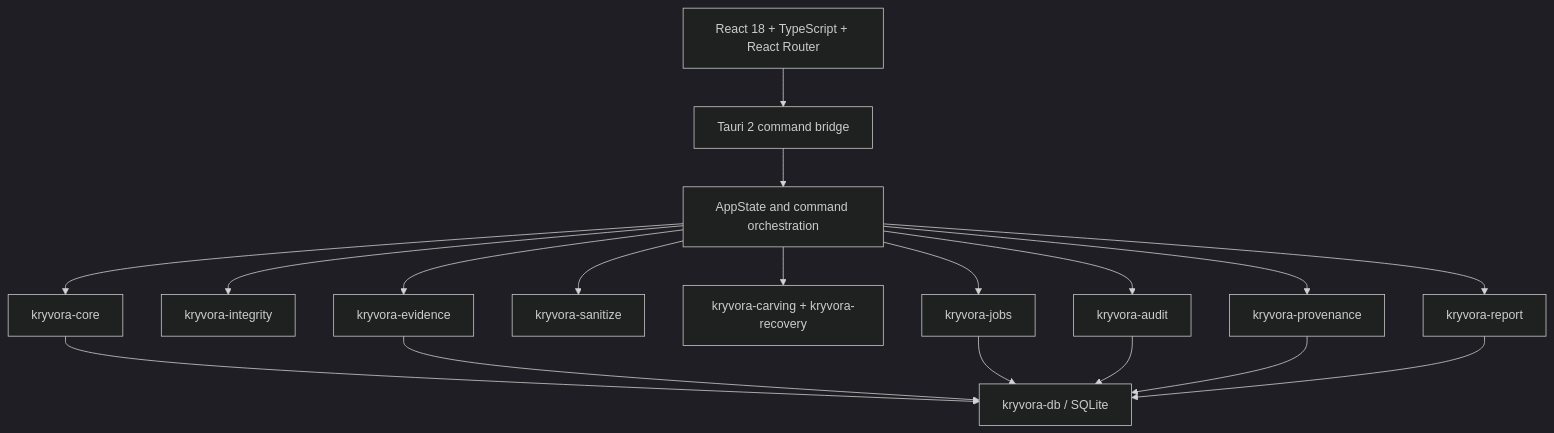
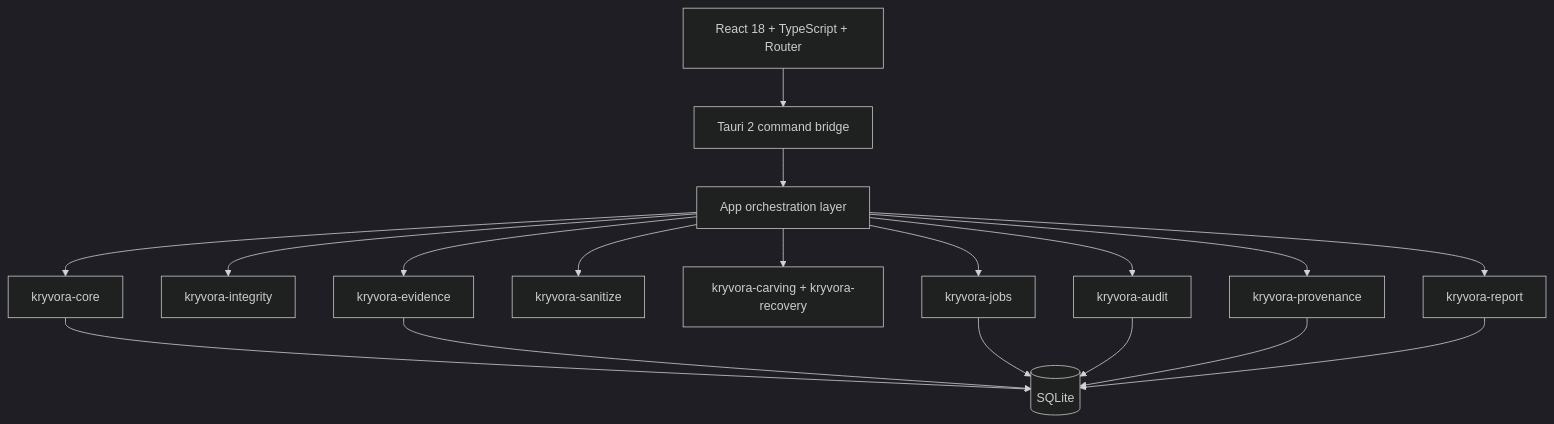
The first of 2 diagrams in docs/05_SYSTEM_ARCHITECTURE.md (cyphric01-jpg/KRYVORA), drawn with Mermaid (dark theme) before and after one commit. The commit also changed other lines of this file and 18 other files, not shown here.

````diff
--- a/docs/05_SYSTEM_ARCHITECTURE.md
+++ b/docs/05_SYSTEM_ARCHITECTURE.md
@@ -7,32 +7,32 @@
 ```mermaid
 flowchart TB
-    UI[React 18 + TypeScript + React Router]
+    UI[React 18 + TypeScript + Router]
     IPC[Tauri 2 command bridge]
-    APP[AppState and command orchestration]
+    APP[App orchestration layer]
     CORE[kryvora-core]
     INTEG[kryvora-integrity]
     EVID[kryvora-evidence]
     SAN[kryvora-sanitize]
     CARVE[kryvora-carving + kryvora-recovery]
     JOB[kryvora-jobs]
     AUDIT[kryvora-audit]
     PROV[kryvora-provenance]
     REPORT[kryvora-report]
-    DB[kryvora-db / SQLite]
+    DB[(SQLite)]
     UI --> IPC --> APP
     APP --> CORE
     APP --> INTEG
     APP --> EVID
     APP --> SAN
     APP --> CARVE
     APP --> JOB
     APP --> AUDIT
     APP --> PROV
     APP --> REPORT
     CORE --> DB
     EVID --> DB
     JOB --> DB
     AUDIT --> DB
     PROV --> DB
     REPORT --> DB
 ```
````
